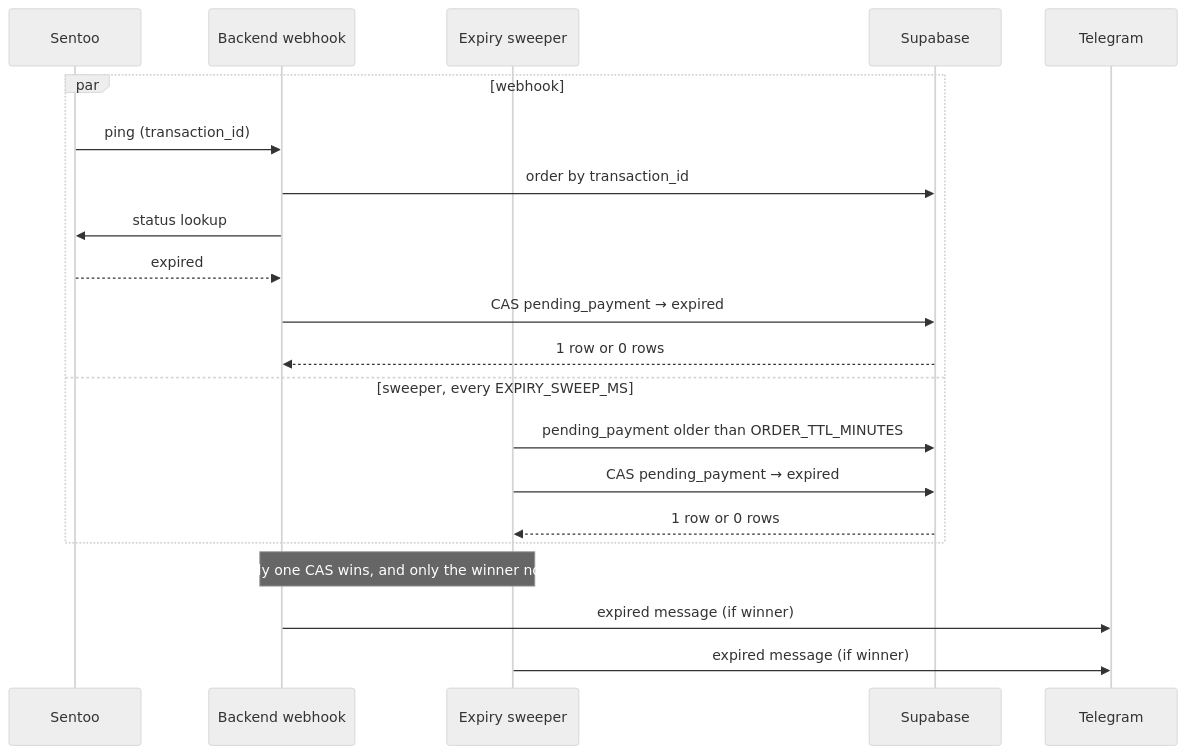
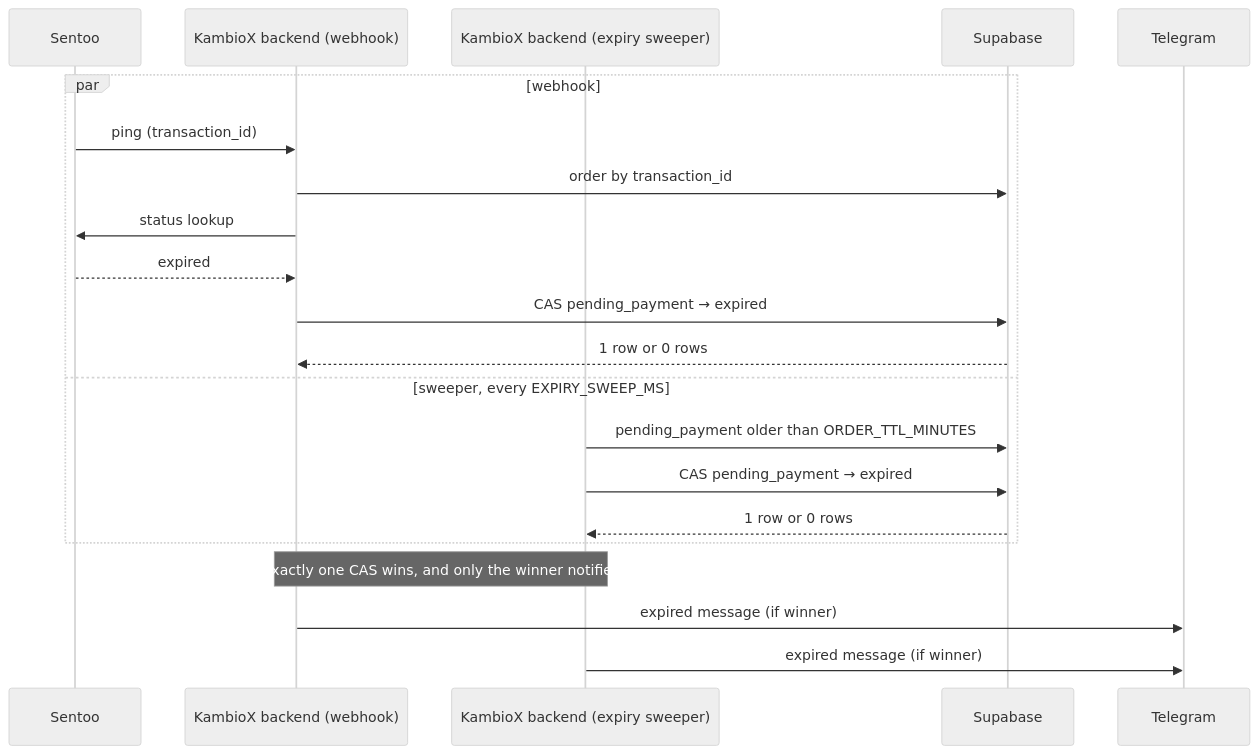
The fifth of 8 diagrams in contracts/stellar/ARCHITECTURE.md (BreadchainCoop/curacao-crypto-onramp-bot), drawn with Mermaid (neutral theme) before and after one commit. The commit also changed other lines of this file, not shown here.

Commit message:
docs(stellar): name the KambioX bot and backend in the diagrams

````diff
--- a/contracts/stellar/ARCHITECTURE.md
+++ b/contracts/stellar/ARCHITECTURE.md
@@ -151,24 +151,24 @@
 ```mermaid
 sequenceDiagram
   participant S as Sentoo
-  participant BE as Backend webhook
-  participant X as Expiry sweeper
+  participant BE as KambioX backend (webhook)
+  participant X as KambioX backend (expiry sweeper)
   participant DB as Supabase
   participant T as Telegram
 
   par webhook
     S->>BE: ping (transaction_id)
     BE->>DB: order by transaction_id
     BE->>S: status lookup
     S-->>BE: expired
     BE->>DB: CAS pending_payment → expired
     DB-->>BE: 1 row or 0 rows
   and sweeper, every EXPIRY_SWEEP_MS
     X->>DB: pending_payment older than ORDER_TTL_MINUTES
     X->>DB: CAS pending_payment → expired
     DB-->>X: 1 row or 0 rows
   end
   Note over BE,X: exactly one CAS wins, and only the winner notifies
   BE->>T: expired message (if winner)
   X->>T: expired message (if winner)
 ```
````
